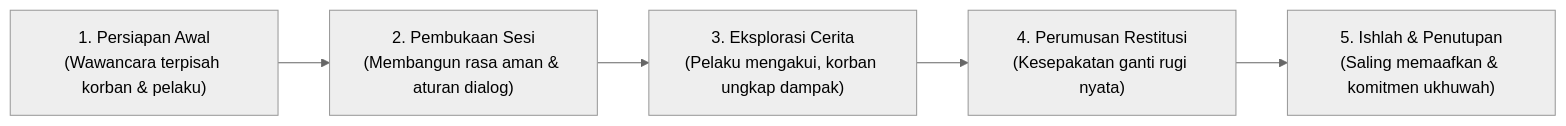
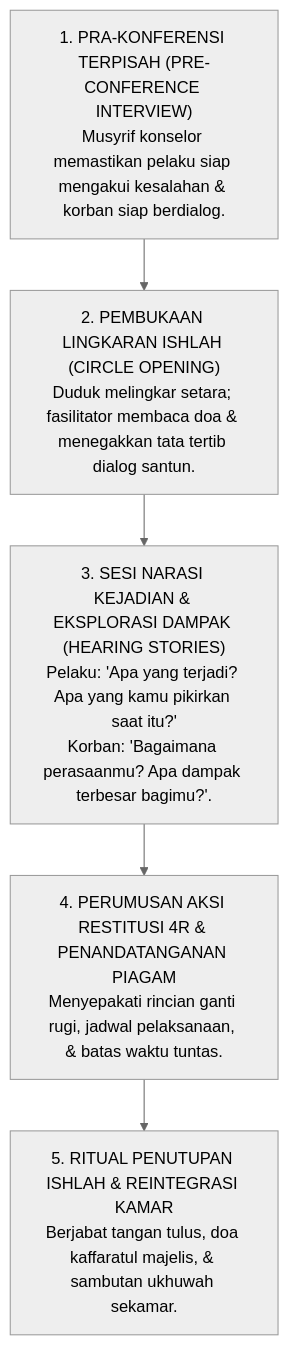
Before and after one commit to wandiapriliyandi/tumbuh: the sixth of 6 diagrams in 02 Principles/06 Intervention Principles/P2-06-04-Prinsip-Restorative-Conferencing-dan-Ishlah.md, drawn with Mermaid (neutral theme). The commit also changed other lines of this file and 42 other files, not shown here.

````diff
--- a/02 Principles/06 Intervention Principles/P2-06-04-Prinsip-Restorative-Conferencing-dan-Ishlah.md
+++ b/02 Principles/06 Intervention Principles/P2-06-04-Prinsip-Restorative-Conferencing-dan-Ishlah.md
@@ -17,7 +235,14 @@
 ```mermaid
-graph LR
-    T1["1. Persiapan Awal<br/>(Wawancara terpisah korban & pelaku)"] --> T2["2. Pembukaan Sesi<br/>(Membangun rasa aman & aturan dialog)"]
-    T2 --> T3["3. Eksplorasi Cerita<br/>(Pelaku mengakui, korban ungkap dampak)"]
-    T3 --> T4["4. Perumusan Restitusi<br/>(Kesepakatan ganti rugi nyata)"]
-    T4 --> T5["5. Ishlah & Penutupan<br/>(Saling memaafkan & komitmen ukhuwah)"]
+flowchart TD
+    T1["1. PRA-KONFERENSI TERPISAH (PRE-CONFERENCE INTERVIEW)<br/>Musyrif konselor memastikan pelaku siap mengakui kesalahan & korban siap berdialog."]
+    
+    T2["2. PEMBUKAAN LINGKARAN ISHLAH (CIRCLE OPENING)<br/>Duduk melingkar setara; fasilitator membaca doa & menegakkan tata tertib dialog santun."]
+    
+    T3["3. SESI NARASI KEJADIAN & EKSPLORASI DAMPAK (HEARING STORIES)<br/>Pelaku: 'Apa yang terjadi? Apa yang kamu pikirkan saat itu?'<br/>Korban: 'Bagaimana perasaanmu? Apa dampak terbesar bagimu?'."]
+    
+    T4["4. PERUMUSAN AKSI RESTITUSI 4R & PENANDATANGANAN PIAGAM<br/>Menyepakati rincian ganti rugi, jadwal pelaksanaan, & batas waktu tuntas."]
+    
+    T5["5. RITUAL PENUTUPAN ISHLAH & REINTEGRASI KAMAR<br/>Berjabat tangan tulus, doa kaffaratul majelis, & sambutan ukhuwah sekamar."]
+    
+    T1 --> T2 --> T3 --> T4 --> T5
 ```
````
